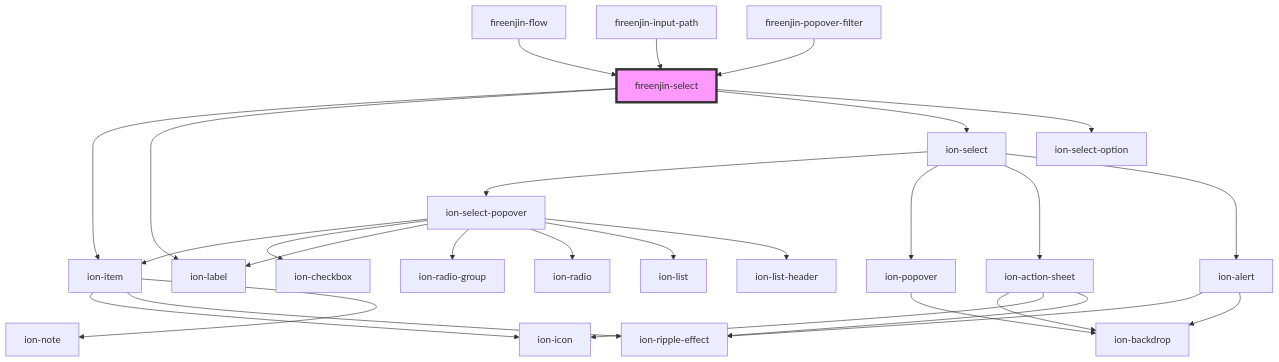
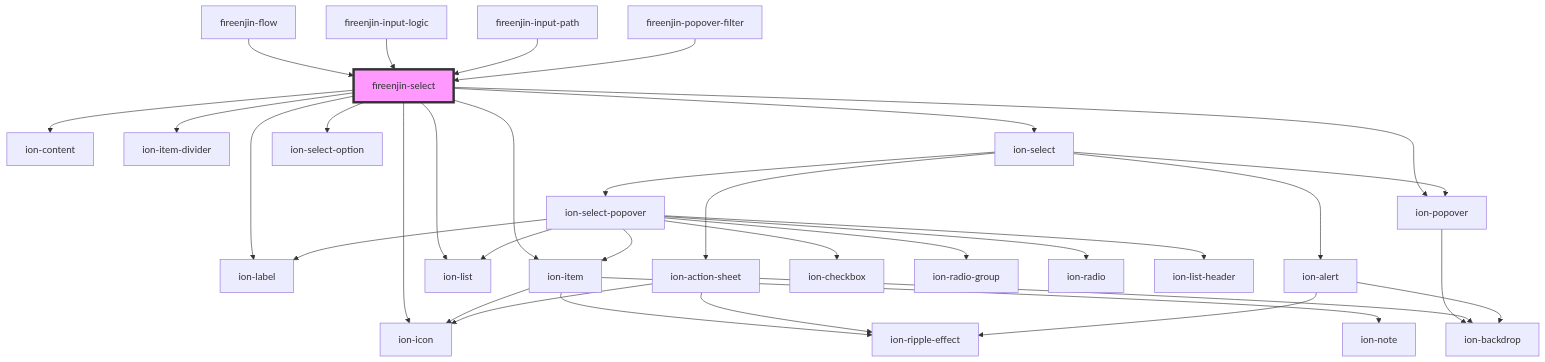
The diagram in src/components/select/readme.md (FireEnjin/Components), drawn with Mermaid before and after one commit. The commit also changed other lines of this file and 10 other files, not shown here.

````diff
--- a/src/components/select/readme.md
+++ b/src/components/select/readme.md
@@ -66,31 +74,37 @@
 ```mermaid
 graph TD;
+  fireenjin-select --> ion-label
   fireenjin-select --> ion-item
-  fireenjin-select --> ion-label
+  fireenjin-select --> ion-popover
+  fireenjin-select --> ion-content
+  fireenjin-select --> ion-list
+  fireenjin-select --> ion-item-divider
   fireenjin-select --> ion-select
   fireenjin-select --> ion-select-option
+  fireenjin-select --> ion-icon
   ion-item --> ion-icon
   ion-item --> ion-ripple-effect
   ion-item --> ion-note
+  ion-popover --> ion-backdrop
   ion-select --> ion-select-popover
   ion-select --> ion-popover
   ion-select --> ion-action-sheet
   ion-select --> ion-alert
   ion-select-popover --> ion-item
   ion-select-popover --> ion-checkbox
   ion-select-popover --> ion-label
   ion-select-popover --> ion-radio-group
   ion-select-popover --> ion-radio
   ion-select-popover --> ion-list
   ion-select-popover --> ion-list-header
-  ion-popover --> ion-backdrop
   ion-action-sheet --> ion-backdrop
   ion-action-sheet --> ion-icon
   ion-action-sheet --> ion-ripple-effect
   ion-alert --> ion-ripple-effect
   ion-alert --> ion-backdrop
   fireenjin-flow --> fireenjin-select
+  fireenjin-input-logic --> fireenjin-select
   fireenjin-input-path --> fireenjin-select
   fireenjin-popover-filter --> fireenjin-select
   style fireenjin-select fill:#f9f,stroke:#333,stroke-width:4px
 ```
````
